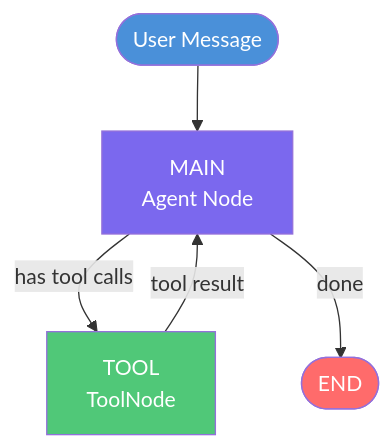
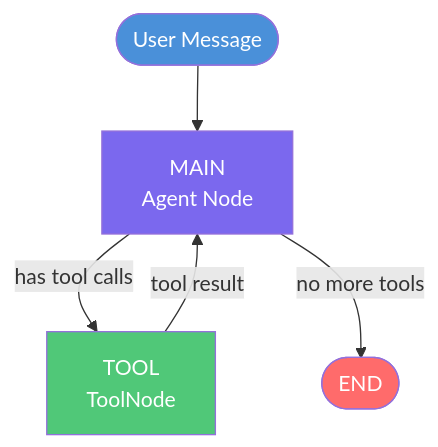
One commit to 10xHub/agentflow-docs changed the diagram in src/content/docs/examples/agent-class.md. Above: the diagram before and after it, drawn with Mermaid. The commit also changed other lines of this file and 31 other files, not shown here.

````diff
--- a/src/content/docs/examples/agent-class.md
+++ b/src/content/docs/examples/agent-class.md
@@ -26,12 +46,12 @@
 ```mermaid
 flowchart TD
-    A([User Message]) --> B[MAIN\nAgent Node]
-    B -->|has tool calls| C[TOOL\nToolNode]
-    B -->|done| D([END])
+    A([User Message]) --> B["MAIN<br/>Agent Node"]
+    B -->|has tool calls| C["TOOL<br/>ToolNode"]
+    B -->|no more tools| D([END])
     C -->|tool result| B
 
     style A fill:#4A90D9,color:#fff
     style B fill:#7B68EE,color:#fff
     style C fill:#50C878,color:#fff
     style D fill:#FF6B6B,color:#fff
 ```
````
